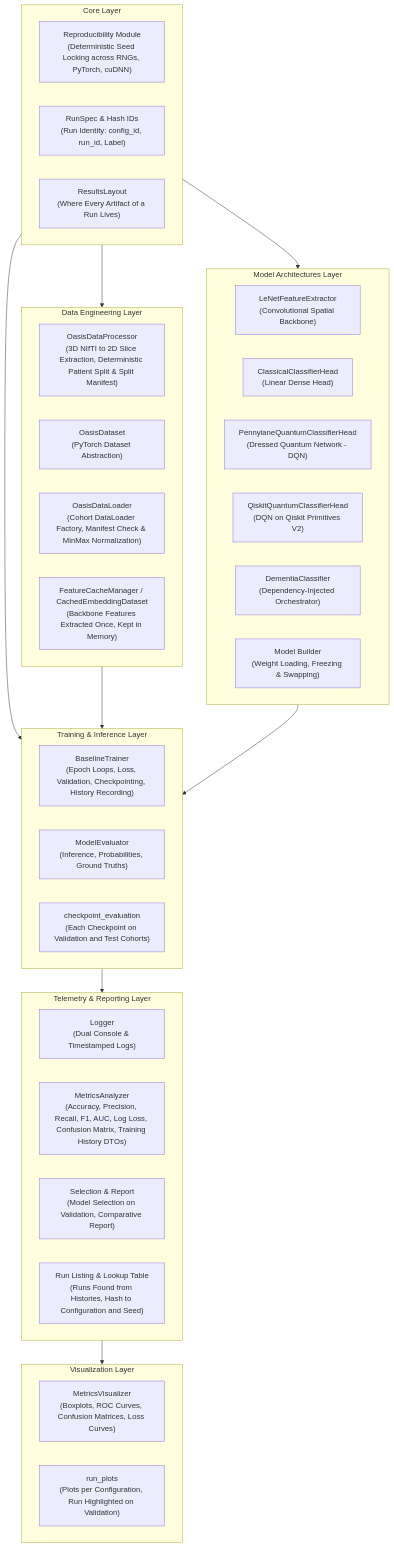
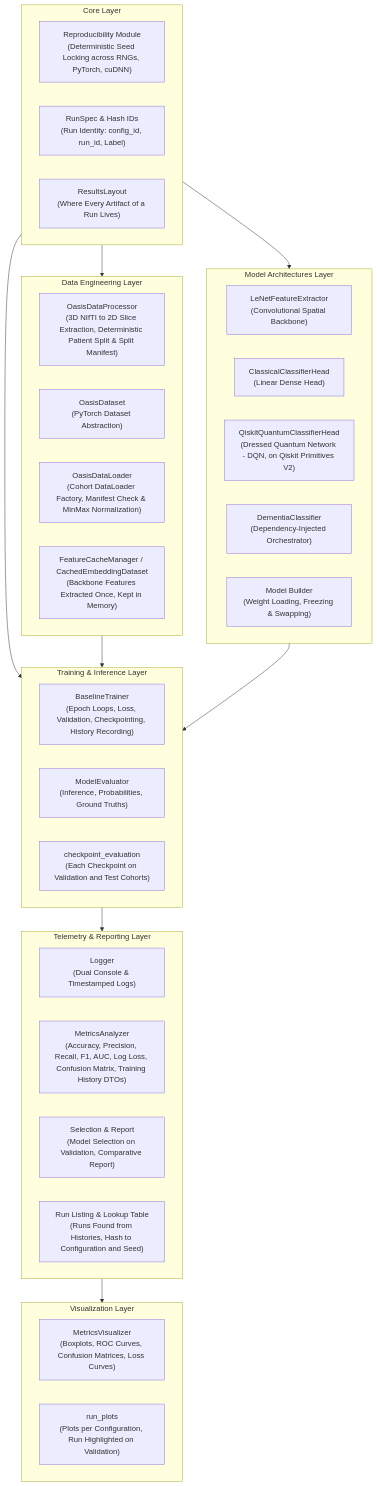
One commit to IC-QML-QTL-Dementia-Detection/dementia-boost changed the first of 6 diagrams in docs/architecture.md. Above: the diagram before and after it, drawn with Mermaid. The commit also changed other lines of this file and 1 other file, not shown here.

Commit message:
docs: describe the Qiskit-only quantum head and count single-class runs

````diff
--- a/docs/architecture.md
+++ b/docs/architecture.md
@@ -7,50 +7,49 @@
 ```mermaid
 flowchart TD
     subgraph Core ["Core Layer"]
         REP["Reproducibility Module<br/>(Deterministic Seed Locking across RNGs, PyTorch, cuDNN)"]
         IDN["RunSpec & Hash IDs<br/>(Run Identity: config_id, run_id, Label)"]
         LAY["ResultsLayout<br/>(Where Every Artifact of a Run Lives)"]
     end
 
     subgraph Data ["Data Engineering Layer"]
         ETL_NIFTI["OasisDataProcessor<br/>(3D NIfTI to 2D Slice Extraction, Deterministic Patient Split & Split Manifest)"]
         DS["OasisDataset<br/>(PyTorch Dataset Abstraction)"]
         DL["OasisDataLoader<br/>(Cohort DataLoader Factory, Manifest Check & MinMax Normalization)"]
         CACHE["FeatureCacheManager / CachedEmbeddingDataset<br/>(Backbone Features Extracted Once, Kept in Memory)"]
     end
 
     subgraph Models ["Model Architectures Layer"]
         FE["LeNetFeatureExtractor<br/>(Convolutional Spatial Backbone)"]
         CH["ClassicalClassifierHead<br/>(Linear Dense Head)"]
-        QH["PennylaneQuantumClassifierHead<br/>(Dressed Quantum Network - DQN)"]
-        QKH["QiskitQuantumClassifierHead<br/>(DQN on Qiskit Primitives V2)"]
+        QKH["QiskitQuantumClassifierHead<br/>(Dressed Quantum Network - DQN, on Qiskit Primitives V2)"]
         DC["DementiaClassifier<br/>(Dependency-Injected Orchestrator)"]
         BUILDER["Model Builder<br/>(Weight Loading, Freezing & Swapping)"]
     end
 
     subgraph Training ["Training & Inference Layer"]
         TR["BaselineTrainer<br/>(Epoch Loops, Loss, Validation, Checkpointing, History Recording)"]
         EV["ModelEvaluator<br/>(Inference, Probabilities, Ground Truths)"]
         CEV["checkpoint_evaluation<br/>(Each Checkpoint on Validation and Test Cohorts)"]
     end
 
     subgraph Telemetry ["Telemetry & Reporting Layer"]
         LOG["Logger<br/>(Dual Console & Timestamped Logs)"]
         MET["MetricsAnalyzer<br/>(Accuracy, Precision, Recall, F1, AUC, Log Loss, Confusion Matrix, Training History DTOs)"]
         SEL["Selection & Report<br/>(Model Selection on Validation, Comparative Report)"]
         LST["Run Listing & Lookup Table<br/>(Runs Found from Histories, Hash to Configuration and Seed)"]
     end
 
     subgraph Viz ["Visualization Layer"]
         VIS["MetricsVisualizer<br/>(Boxplots, ROC Curves, Confusion Matrices, Loss Curves)"]
         RPL["run_plots<br/>(Plots per Configuration, Run Highlighted on Validation)"]
     end
 
     Core --> Data
     Core --> Models
     Core --> Training
     Data --> Training
     Models --> Training
     Training --> Telemetry
     Telemetry --> Viz
 ```
````
